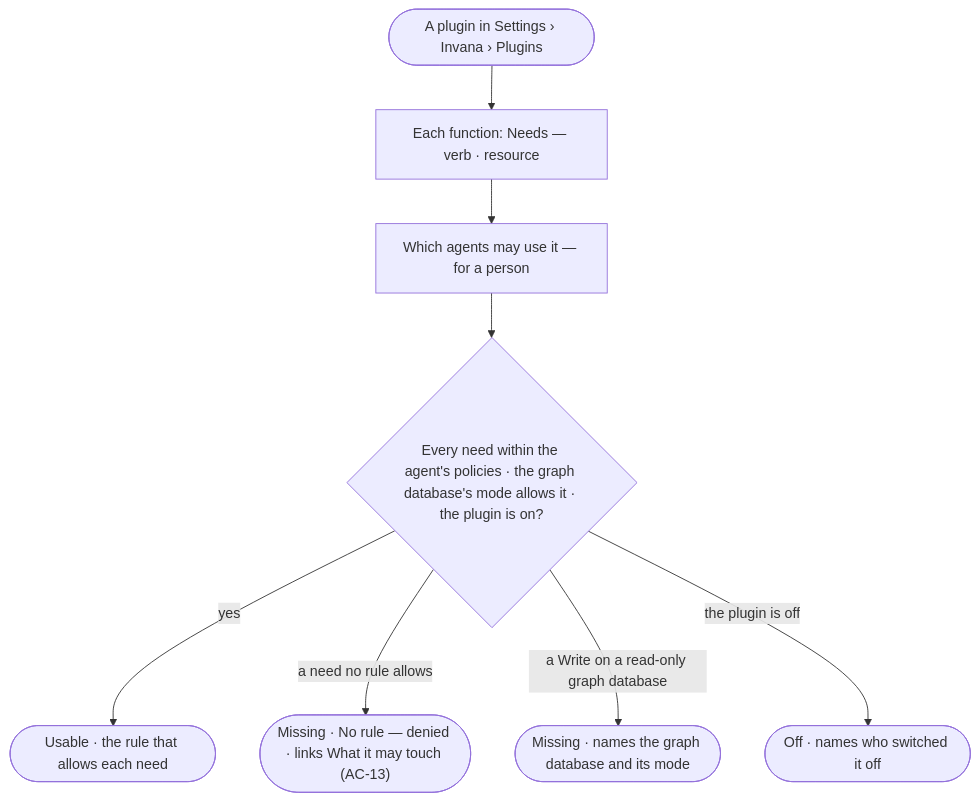
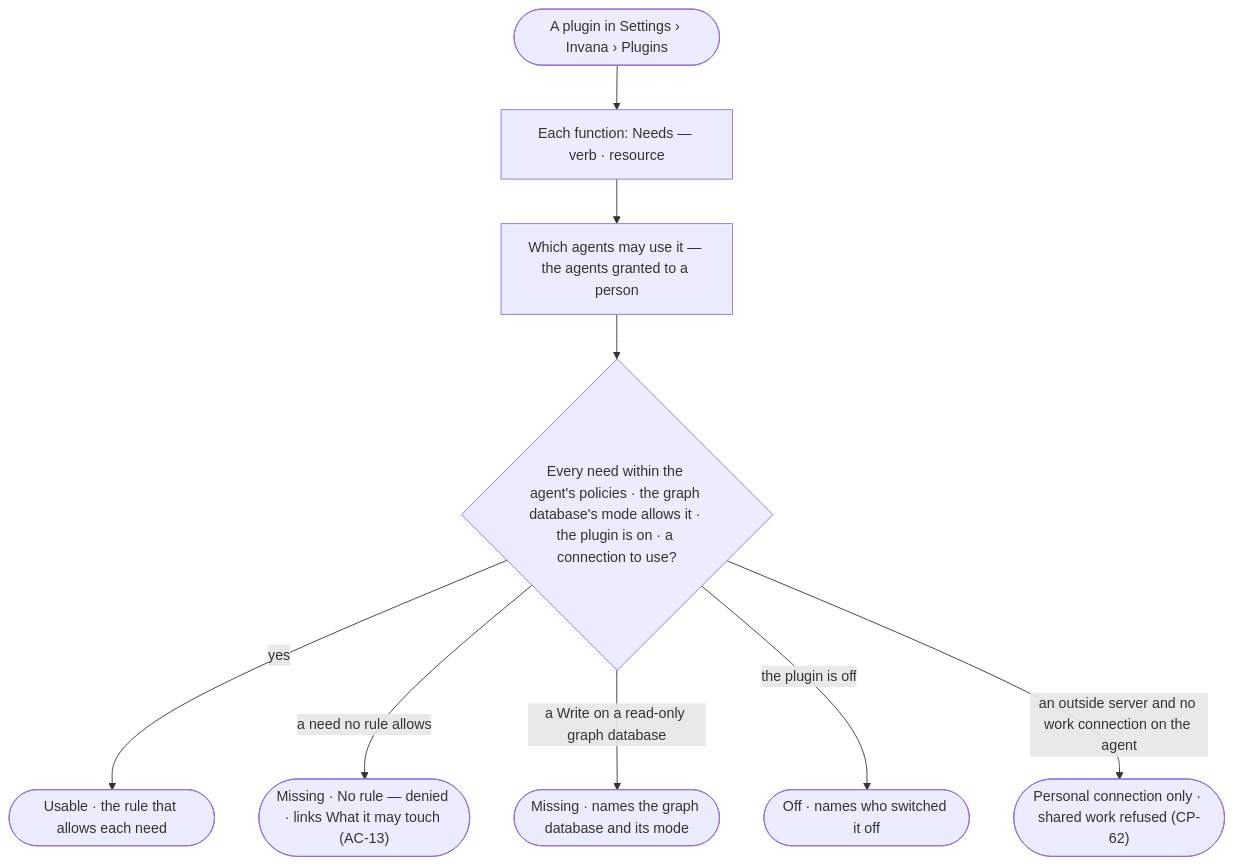
Before and after one commit to invana/invana: the diagram in specs/os/control/features/CP-F02-plugins-and-outside-tools/stories/CP-44-see-what-a-plugin-needs-and-which-agents-may-use-it/story.md, drawn with Mermaid. The commit also changed other lines of this file and 300 other files, not shown here.

````diff
--- a/specs/os/control/features/CP-F02-plugins-and-outside-tools/stories/CP-44-see-what-a-plugin-needs-and-which-agents-may-use-it/story.md
+++ b/specs/os/control/features/CP-F02-plugins-and-outside-tools/stories/CP-44-see-what-a-plugin-needs-and-which-agents-may-use-it/story.md
@@ -27,10 +29,11 @@
 ```mermaid
 flowchart TD
   p([A plugin in Settings › Invana › Plugins]) --> f["Each function: Needs — verb · resource"]
-  f --> who["Which agents may use it — for a person"]
-  who --> chk{"Every need within the agent's policies · the graph database's mode allows it · the plugin is on?"}
+  f --> who["Which agents may use it — the agents granted to a person"]
+  who --> chk{"Every need within the agent's policies · the graph database's mode allows it · the plugin is on · a connection to use?"}
   chk -->|yes| ok(["Usable · the rule that allows each need"])
   chk -->|a need no rule allows| m1(["Missing · No rule — denied · links What it may touch (AC-13)"])
   chk -->|a Write on a read-only graph database| m2(["Missing · names the graph database and its mode"])
   chk -->|the plugin is off| m3(["Off · names who switched it off"])
+  chk -->|an outside server and no work connection on the agent| m4(["Personal connection only · shared work refused (CP-62)"])
 ```
````
